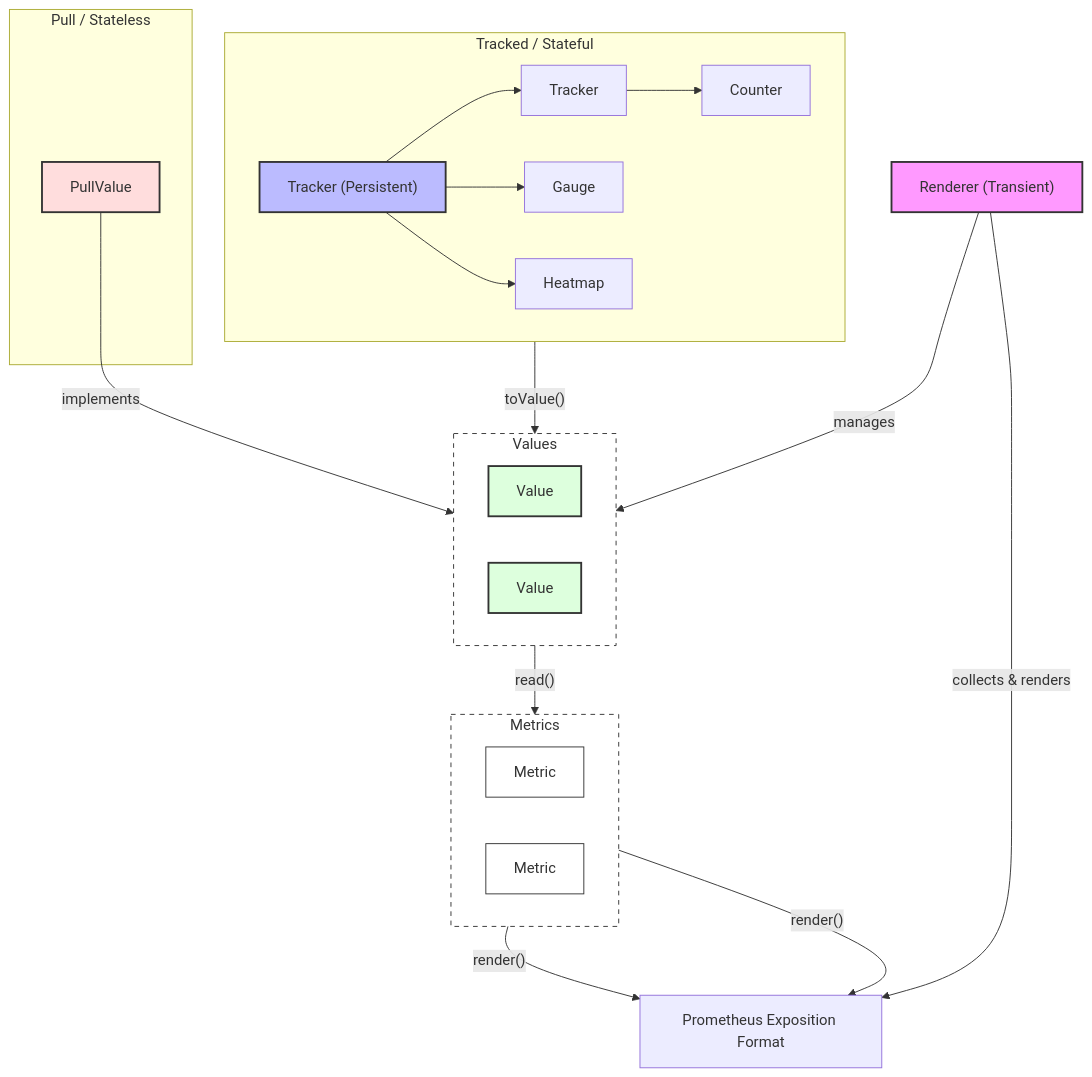
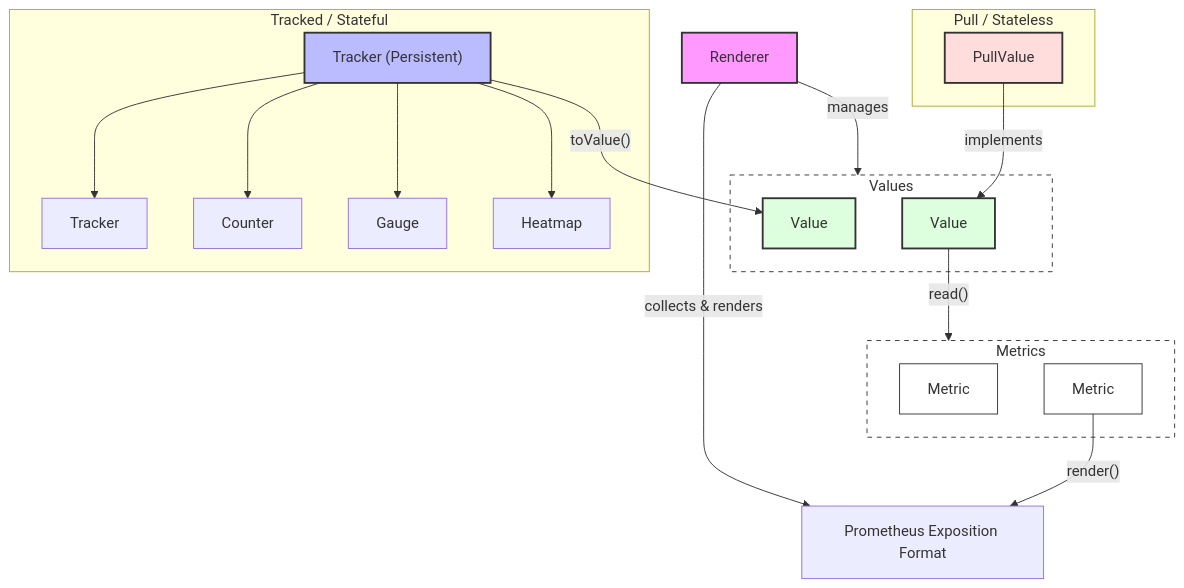
Before and after one commit to research-ag/promtracker: the diagram in README.md, drawn with Mermaid. The commit also changed 1 other file, not shown here.

Commit message:
updated diagram and skill file

````diff
--- a/README.md
+++ b/README.md
@@ -15,51 +15,49 @@
 ```mermaid
 graph TD
+
     subgraph Tracked [Tracked / Stateful]
-        direction LR
         Tracker["Tracker (Persistent)"]
-        NestedTracker["Tracker"]
+        T["Tracker"]
         Counter["Counter"]
         Gauge["Gauge"]
         Heatmap["Heatmap"]
 
-        Tracker --> NestedTracker
-        NestedTracker --> Counter
+        Tracker --> T
+        Tracker --> Counter
         Tracker --> Gauge
         Tracker --> Heatmap
     end
 
     subgraph Pull [Pull / Stateless]
         PullValue["PullValue"]
     end
 
     subgraph Values [Values]
-        direction LR
         V1["Value"]
         V2["Value"]
     end
 
-    Tracker -- "toValue()" --> V1
-    Renderer["Renderer (Transient)"] -- "manages" --> Values
+    Tracker -- "toValue()" --> V2
     PullValue -- "implements" --> V1
 
     subgraph Metrics [Metrics]
-        direction LR
         M1["Metric"]
         M2["Metric"]
     end
 
     V1 -- "read()" --> Metrics
 
-    M1 & M2 -- "render()" --> Output["Prometheus Exposition Format"]
+    Renderer -- "manages" --> Values
     Renderer -- "collects & renders" --> Output
+    M2 -- "render()" --> Output["Prometheus Exposition Format"]
 
     style Renderer fill:#f9f,stroke:#333,stroke-width:2px
     style Tracker fill:#bbf,stroke:#333,stroke-width:2px
     style V1 fill:#dfd,stroke:#333,stroke-width:2px
     style V2 fill:#dfd,stroke:#333,stroke-width:2px
     style M1 fill:#fff,stroke:#333,stroke-width:1px
     style M2 fill:#fff,stroke:#333,stroke-width:1px
     style PullValue fill:#fdd,stroke:#333,stroke-width:2px
     style Metrics fill:none,stroke:#333,stroke-dasharray: 5 5
     style Values fill:none,stroke:#333,stroke-dasharray: 5 5
 ```
````
